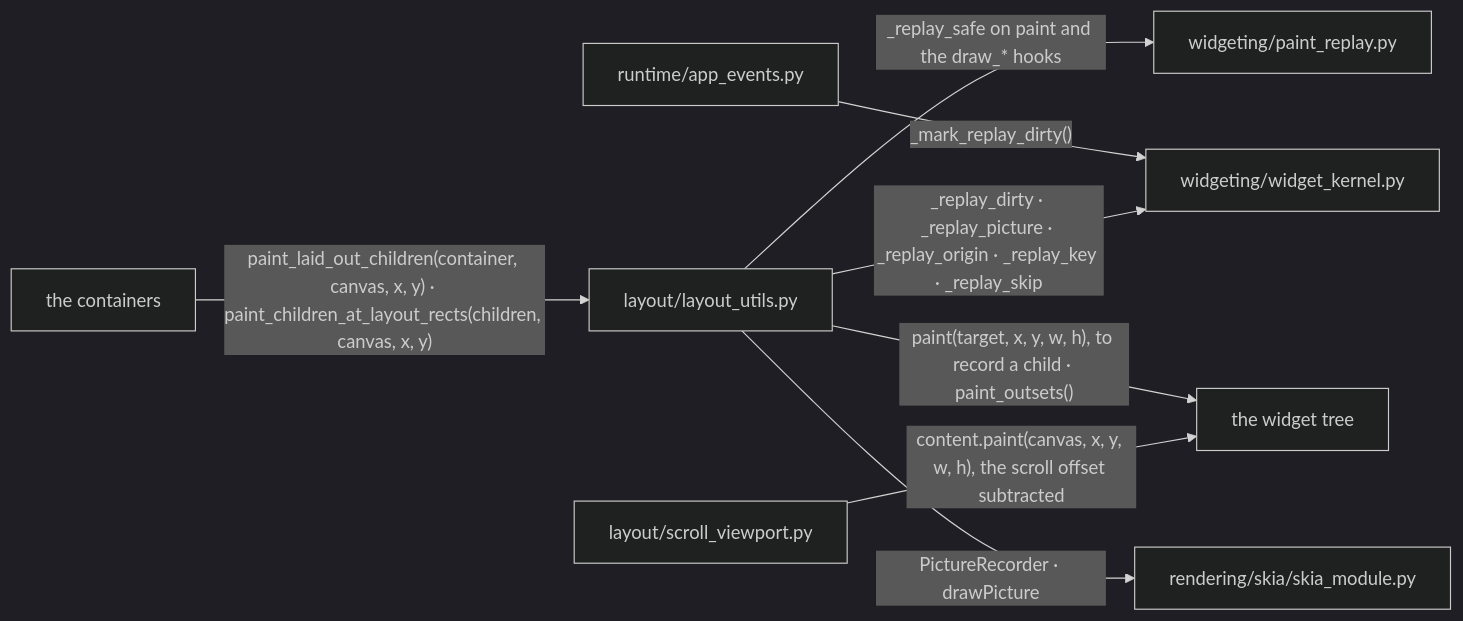
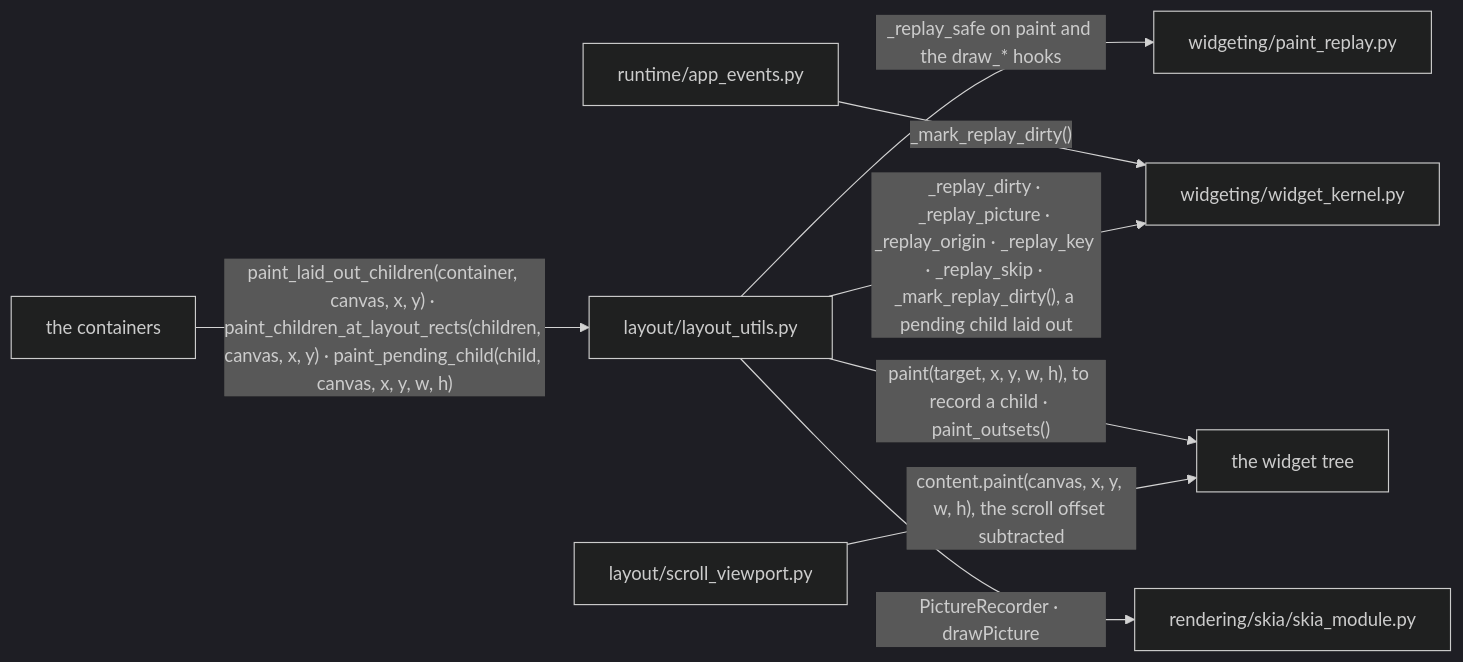
Before and after one commit to yuksblog/nuiitivet: the fifth of 6 diagrams in docs/design/PAINT_CACHE.md, drawn with Mermaid (dark theme). The commit also changed other lines of this file and 10 other files, not shown here.

````diff
--- a/docs/design/PAINT_CACHE.md
+++ b/docs/design/PAINT_CACHE.md
@@ -151,19 +151,19 @@
 ```mermaid
 flowchart LR
     containers[the containers]
     utils[layout/layout_utils.py]
     viewport[layout/scroll_viewport.py]
     kernel[widgeting/widget_kernel.py]
     replay[widgeting/paint_replay.py]
     events[runtime/app_events.py]
     tree[the widget tree]
     skia[rendering/skia/skia_module.py]
 
-    containers -- "paint_laid_out_children(container, canvas, x, y) · paint_children_at_layout_rects(children, canvas, x, y)" --> utils
+    containers -- "paint_laid_out_children(container, canvas, x, y) · paint_children_at_layout_rects(children, canvas, x, y) · paint_pending_child(child, canvas, x, y, w, h)" --> utils
     viewport -- "content.paint(canvas, x, y, w, h), the scroll offset subtracted" --> tree
-    utils -- "_replay_dirty · _replay_picture · _replay_origin · _replay_key · _replay_skip" --> kernel
+    utils -- "_replay_dirty · _replay_picture · _replay_origin · _replay_key · _replay_skip · _mark_replay_dirty(), a pending child laid out" --> kernel
     utils -- "_replay_safe on paint and the draw_* hooks" --> replay
     utils -- "paint(target, x, y, w, h), to record a child · paint_outsets()" --> tree
     utils -- "PictureRecorder · drawPicture" --> skia
     events -- "_mark_replay_dirty()" --> kernel
 ```
````
